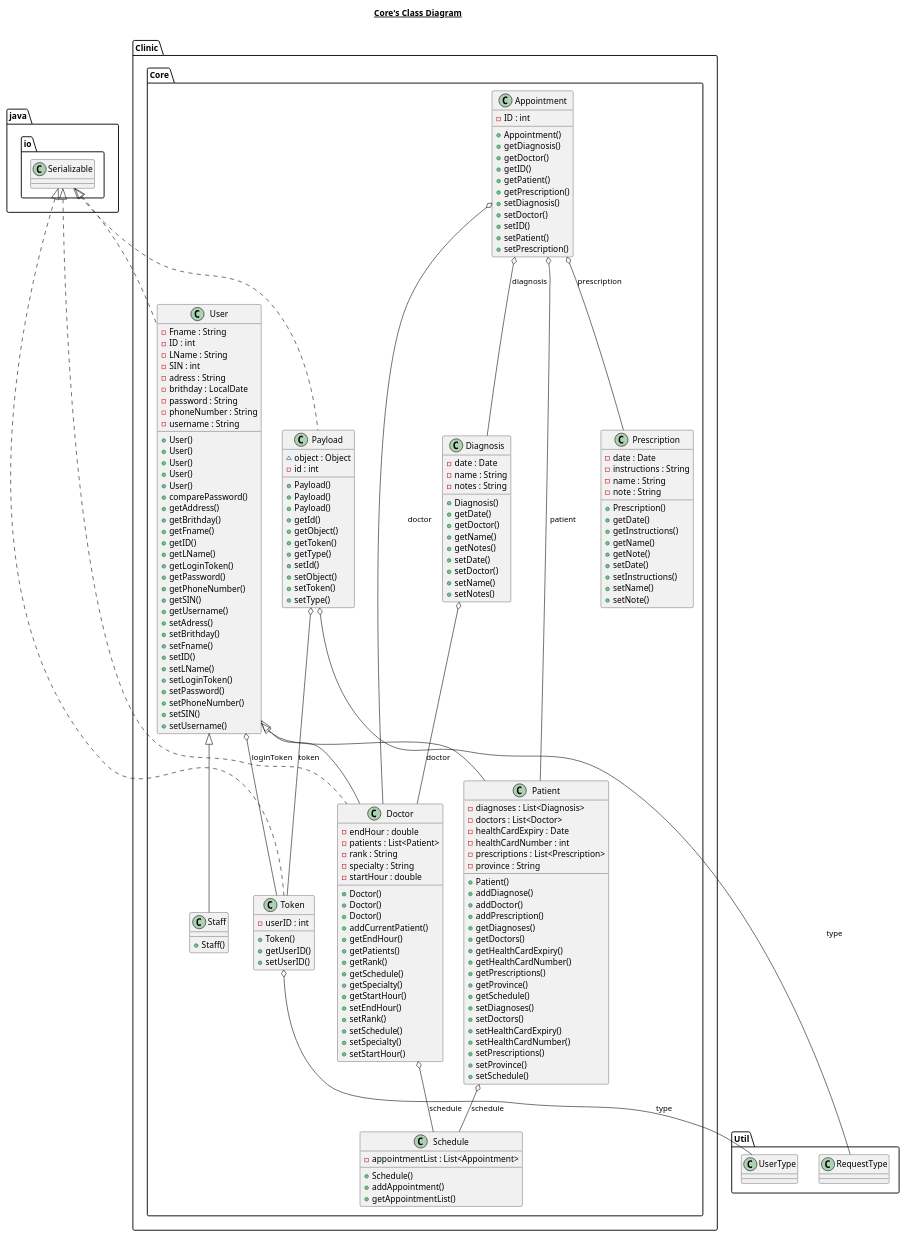
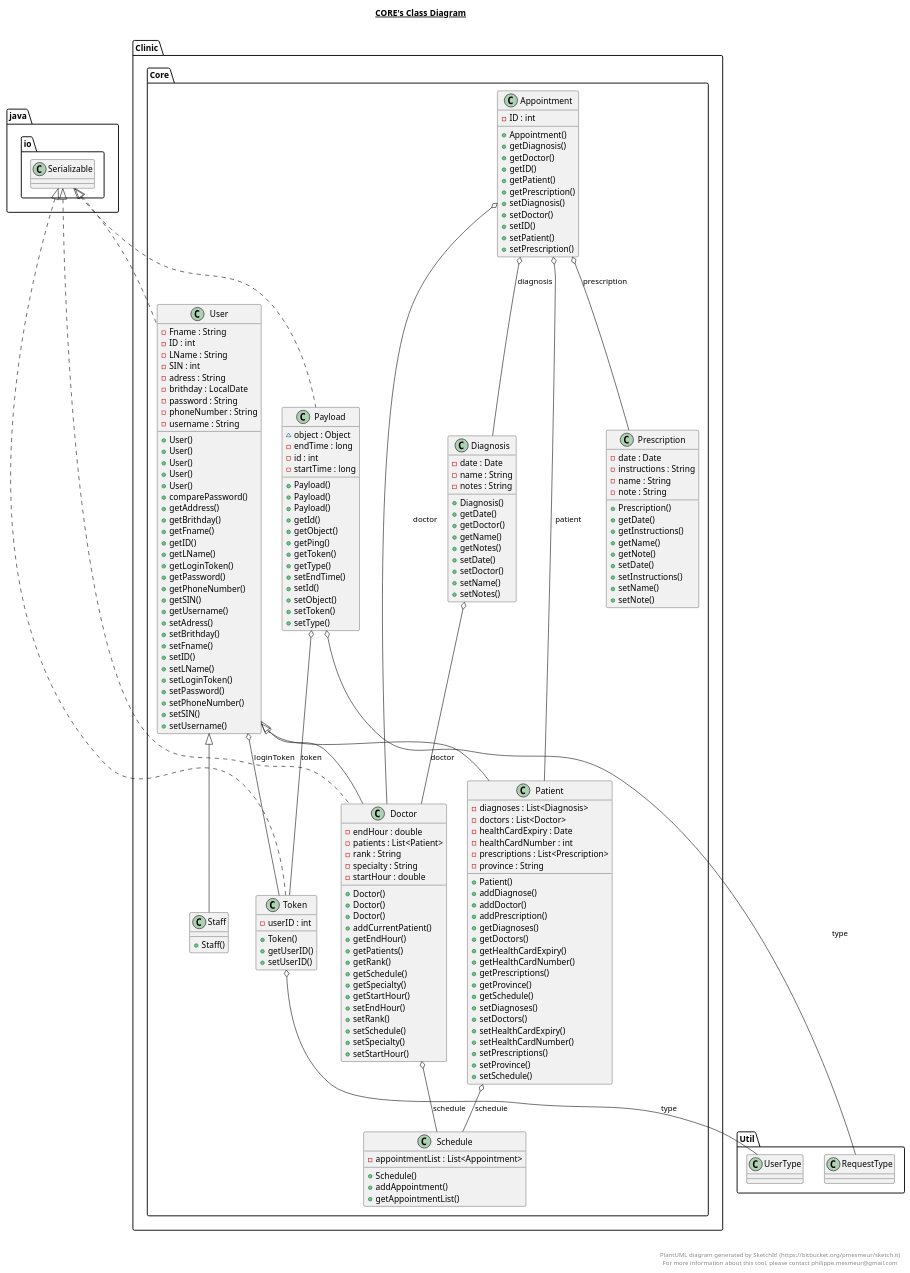
One commit to AidanJohnston/Omar changed the diagram in src/Clinic/Core/Core.plantuml. Above: the diagram before and after it, drawn with PlantUML. The commit also changed 6 other files, not shown here.

Commit message:
Updated UML

```diff
--- a/src/Clinic/Core/Core.plantuml
+++ b/src/Clinic/Core/Core.plantuml
@@ -1,6 +1,6 @@
 @startuml
 
-title __Core's Class Diagram__\n
+title __CORE's Class Diagram__\n
 
   namespace Clinic.Core {
     class Clinic.Core.Appointment {
@@ -97,14 +97,18 @@
   namespace Clinic.Core {
     class Clinic.Core.Payload {
         ~ object : Object
+        - endTime : long
         - id : int
+        - startTime : long
         + Payload()
         + Payload()
         + Payload()
         + getId()
         + getObject()
+        + getPing()
         + getToken()
         + getType()
+        + setEndTime()
         + setId()
         + setObject()
         + setToken()
@@ -220,4 +224,11 @@
   Clinic.Core.User o-- Clinic.Core.Token : loginToken
 
 
+right footer
+
+
+PlantUML diagram generated by SketchIt! (https://bitbucket.org/pmesmeur/sketch.it)
+For more information about this tool, please contact philippe.mesmeur@gmail.com
+endfooter
+
 @enduml
```
